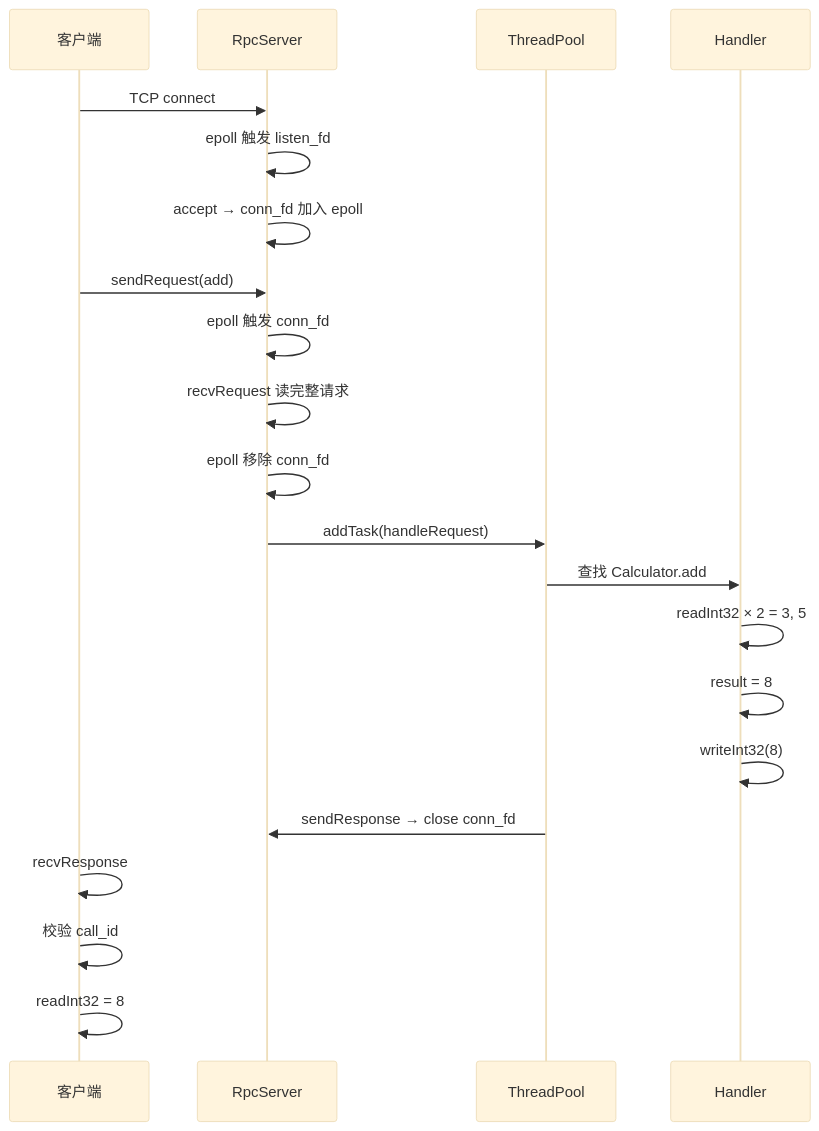
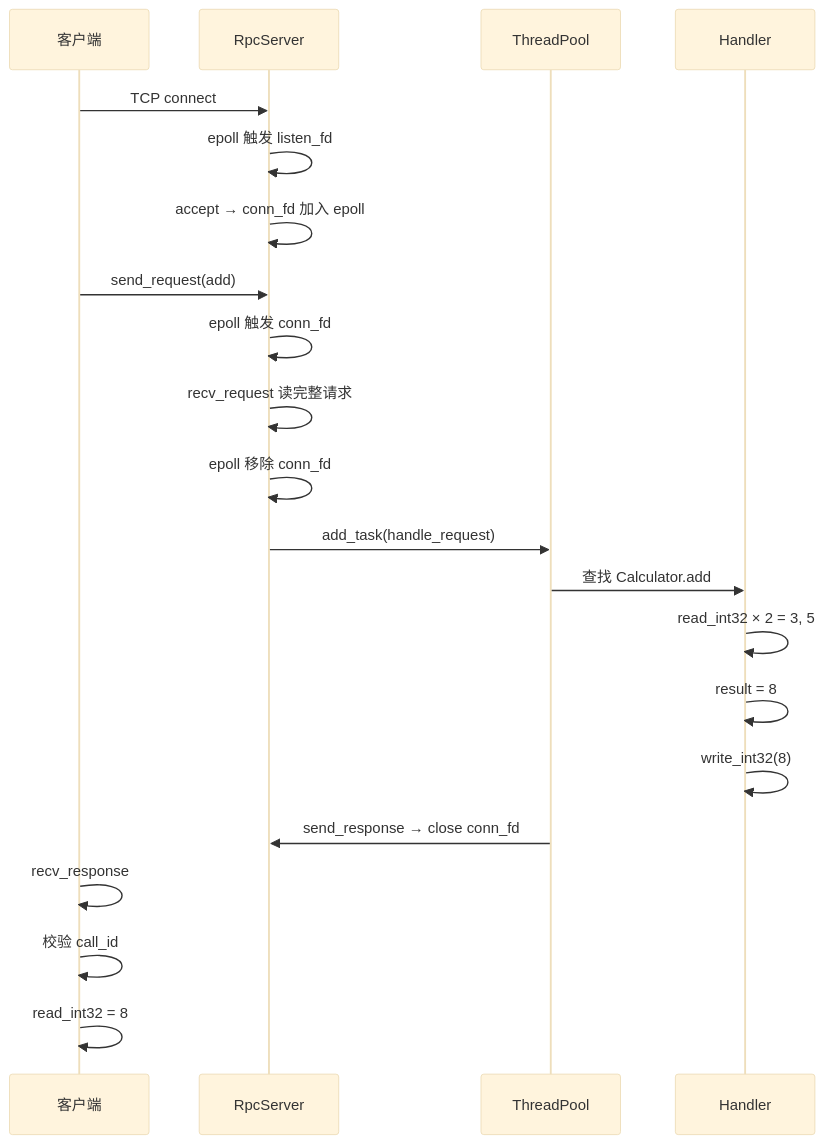
The sixth of 8 diagrams in docs/src/rpc/RPC.md (loskyertt/NetworkProgramming), drawn with Mermaid (base theme) before and after one commit. The commit also changed other lines of this file and 3 other files, not shown here.

````diff
--- a/docs/src/rpc/RPC.md
+++ b/docs/src/rpc/RPC.md
@@ -1089,24 +1089,24 @@
 ```mermaid
 sequenceDiagram
     participant C as 客户端
     participant S as RpcServer
     participant P as ThreadPool
     participant H as Handler
 
     C->>S: TCP connect
     S->>S: epoll 触发 listen_fd
     S->>S: accept → conn_fd 加入 epoll
-    C->>S: sendRequest(add)
+    C->>S: send_request(add)
     S->>S: epoll 触发 conn_fd
-    S->>S: recvRequest 读完整请求
+    S->>S: recv_request 读完整请求
     S->>S: epoll 移除 conn_fd
-    S->>P: addTask(handleRequest)
+    S->>P: add_task(handle_request)
     P->>H: 查找 Calculator.add
-    H->>H: readInt32 × 2 = 3, 5
+    H->>H: read_int32 × 2 = 3, 5
     H->>H: result = 8
-    H->>H: writeInt32(8)
-    P->>S: sendResponse → close conn_fd
-    C->>C: recvResponse
+    H->>H: write_int32(8)
+    P->>S: send_response → close conn_fd
+    C->>C: recv_response
     C->>C: 校验 call_id
-    C->>C: readInt32 = 8
+    C->>C: read_int32 = 8
 ```
````
